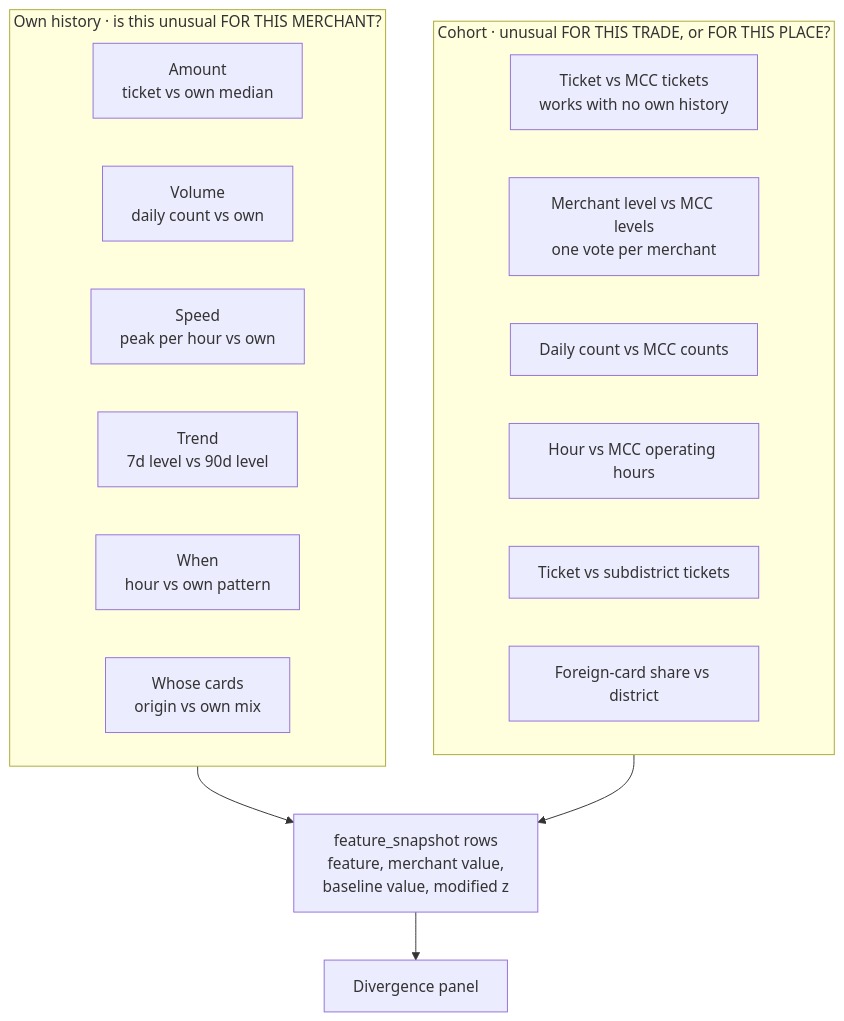
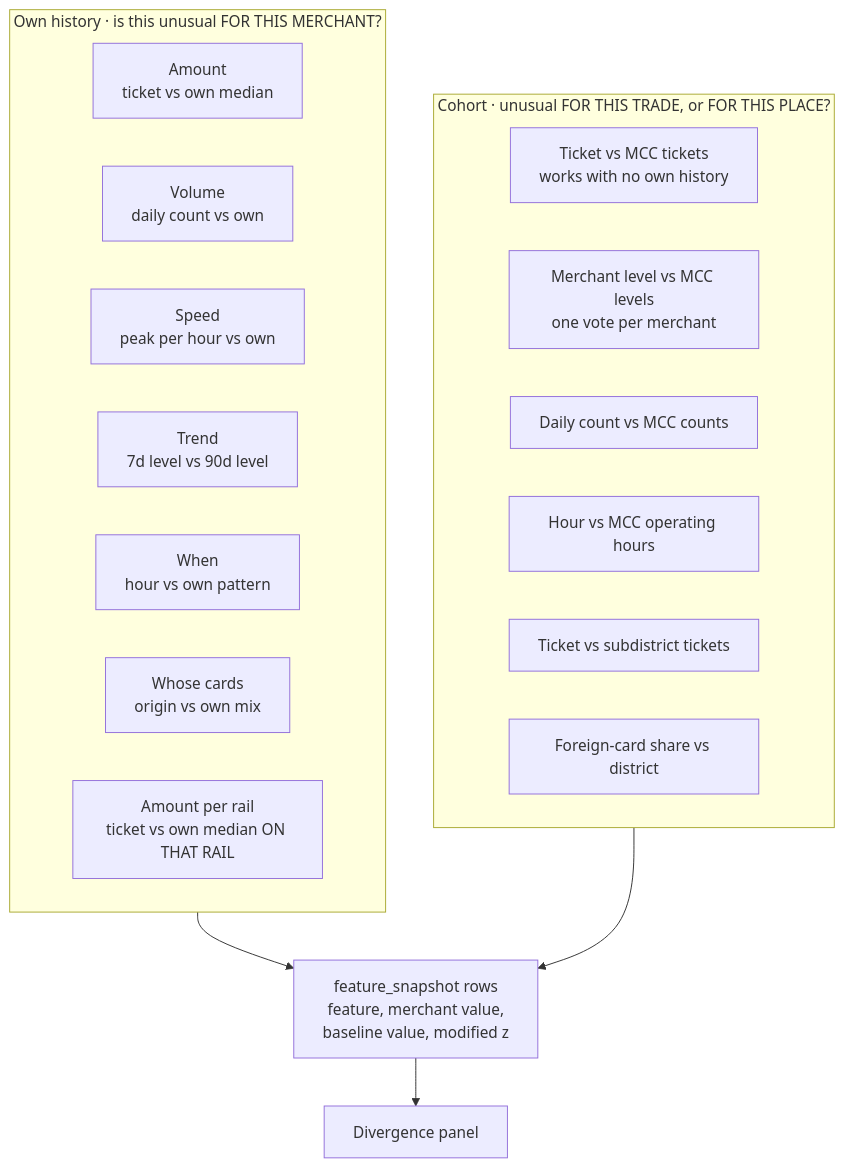
Before and after one commit to yr08ii/compliance-pipeline: the third of 11 diagrams in docs/Detection_Flow_Diagrams.md, drawn with Mermaid. The commit also changed other lines of this file and 2 other files, not shown here.

First line of the commit message:
docs: exact test specifications for Family B and C, flow diagram brought up to date

````diff
--- a/docs/Detection_Flow_Diagrams.md
+++ b/docs/Detection_Flow_Diagrams.md
@@ -80,24 +84,25 @@
 ```mermaid
 flowchart TD
     subgraph OWN["Own history · is this unusual FOR THIS MERCHANT?"]
         A1["Amount<br/>ticket vs own median"]
         A2["Volume<br/>daily count vs own"]
         A3["Speed<br/>peak per hour vs own"]
         A4["Trend<br/>7d level vs 90d level"]
         A5["When<br/>hour vs own pattern"]
         A6["Whose cards<br/>origin vs own mix"]
+        A7["Amount per rail<br/>ticket vs own median ON THAT RAIL"]
     end
 
     subgraph PEER["Cohort · unusual FOR THIS TRADE, or FOR THIS PLACE?"]
         P1["Ticket vs MCC tickets<br/>works with no own history"]
         P2["Merchant level vs MCC levels<br/>one vote per merchant"]
         P3["Daily count vs MCC counts"]
         P4["Hour vs MCC operating hours"]
         P5["Ticket vs subdistrict tickets"]
         P6["Foreign-card share vs district"]
     end
 
     OWN --> SNAP["feature_snapshot rows<br/>feature, merchant value,<br/>baseline value, modified z"]
     PEER --> SNAP
     SNAP --> PANEL["Divergence panel"]
 ```
````
